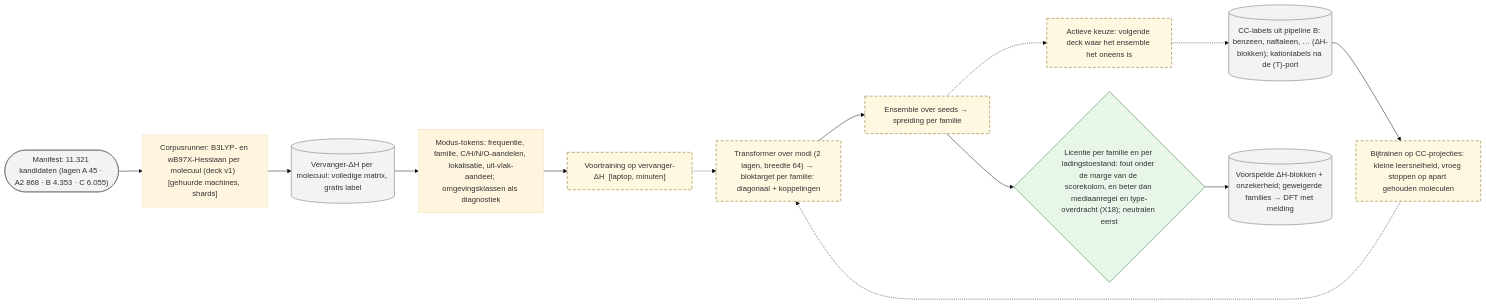
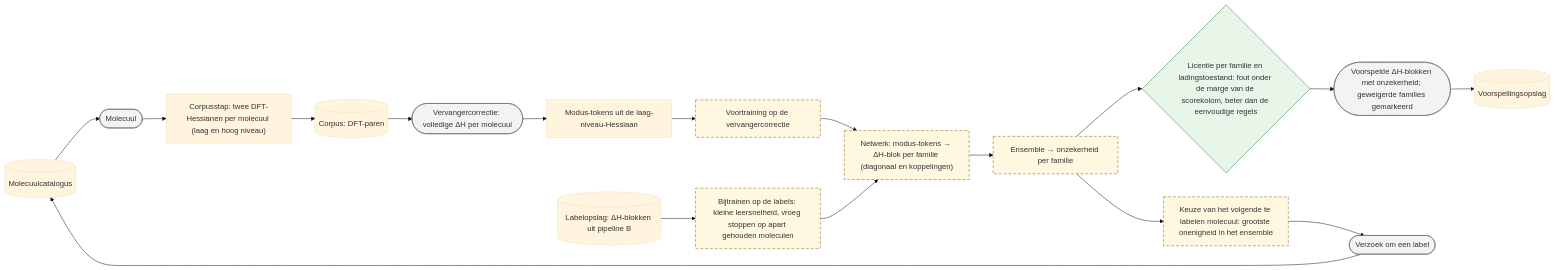
One commit to thebreadishard/udacity-capstone-plan changed the diagram in plans/05_delta-probed-ir-pipeline/GoalGathering/architecture/20_pipeline_A.mmd. Above: the diagram before and after it, drawn with Mermaid (base theme). The commit also changed 5 other files, not shown here.

Commit message:
Plan 05 architecture: target architecture only (no research decisions, no compute placement); agreed legend; every pipeline from store -> data object ... data object -> store; all sheets left to right

```diff
--- a/plans/05_delta-probed-ir-pipeline/GoalGathering/architecture/20_pipeline_A.mmd
+++ b/plans/05_delta-probed-ir-pipeline/GoalGathering/architecture/20_pipeline_A.mmd
@@ -1,23 +1,28 @@
-%% Pipeline A: het netwerk dat de correctie overdraagt (niveau 3), stand 19 september 2026.
+%% Doelarchitectuur — Pipeline A: het netwerk dat de correctie overdraagt (niveau 3).
+%% Rechthoek = processtap; ronde uiteinden = data-object; cilinder = opslag; ruit = poort. Gestippeld = nog niet gebouwd.
 flowchart LR
   classDef planned stroke-dasharray: 6 4,stroke:#7a5c00,fill:#fff8e1
   classDef data fill:#f3f3f3,stroke:#666
   classDef gate fill:#e8f5e9,stroke:#2e7d32
 
-  MAN(["Manifest: 11.321 kandidaten (lagen A 45 · A2 868 · B 4.353 · C 6.055)"]):::data
-  RUN["Corpusrunner: B3LYP- en wB97X-Hessiaan per molecuul (deck v1)  [gehuurde machines, shards]"]
-  PROXY[("Vervanger-ΔH per molecuul: volledige matrix, gratis label")]:::data
-  TOK["Modus-tokens: frequentie, familie, C/H/N/O-aandelen, lokalisatie, uit-vlak-aandeel; omgevingsklassen als diagnostiek"]
-  PRE["Voortraining op vervanger-ΔH  [laptop, minuten]"]:::planned
-  NET["Transformer over modi (2 lagen, breedte 64) → bloktarget per familie: diagonaal + koppelingen"]:::planned
-  CC[("CC-labels uit pipeline B: benzeen, naftaleen, … (ΔH-blokken); kationlabels na de (T)-port")]:::data
-  FT["Bijtrainen op CC-projecties: kleine leersnelheid, vroeg stoppen op apart gehouden moleculen"]:::planned
-  ENS["Ensemble over seeds → spreiding per familie"]:::planned
-  LIC{"Licentie per familie en per ladingstoestand: fout onder de marge van de scorekolom, en beter dan mediaanregel en type-overdracht (X18); neutralen eerst"}:::gate
-  ACT["Actieve keuze: volgende deck waar het ensemble het oneens is"]:::planned
-  PRED[("Voorspelde ΔH-blokken + onzekerheid; geweigerde families → DFT met melding")]:::data
+  CAT[("Molecuulcatalogus")]
+  MOL(["Molecuul"]):::data
+  RUN["Corpusstap: twee DFT-Hessianen per molecuul (laag en hoog niveau)"]
+  CORPUS[("Corpus: DFT-paren")]
+  PROXY(["Vervangercorrectie: volledige ΔH per molecuul"]):::data
+  TOK["Modus-tokens uit de laag-niveau-Hessiaan"]
+  PRE["Voortraining op de vervangercorrectie"]:::planned
+  LABELS[("Labelopslag: ΔH-blokken uit pipeline B")]
+  FT["Bijtrainen op de labels: kleine leersnelheid, vroeg stoppen op apart gehouden moleculen"]:::planned
+  NET["Netwerk: modus-tokens → ΔH-blok per familie (diagonaal en koppelingen)"]:::planned
+  ENS["Ensemble → onzekerheid per familie"]:::planned
+  LIC{"Licentie per familie en ladingstoestand: fout onder de marge van de scorekolom, beter dan de eenvoudige regels"}:::gate
+  ACT["Keuze van het volgende te labelen molecuul: grootste onenigheid in het ensemble"]:::planned
+  NEXT(["Verzoek om een label"]):::data
+  PRED(["Voorspelde ΔH-blokken met onzekerheid; geweigerde families gemarkeerd"]):::data
+  STORE[("Voorspellingsopslag")]
 
-  MAN --> RUN --> PROXY --> TOK --> PRE -.-> NET
-  CC --> FT -.-> NET
-  NET --> ENS --> LIC --> PRED
-  ENS -.-> ACT -.-> CC
+  CAT --> MOL --> RUN --> CORPUS --> PROXY --> TOK --> PRE --> NET
+  LABELS --> FT --> NET
+  NET --> ENS --> LIC --> PRED --> STORE
+  ENS --> ACT --> NEXT --> CAT
```
